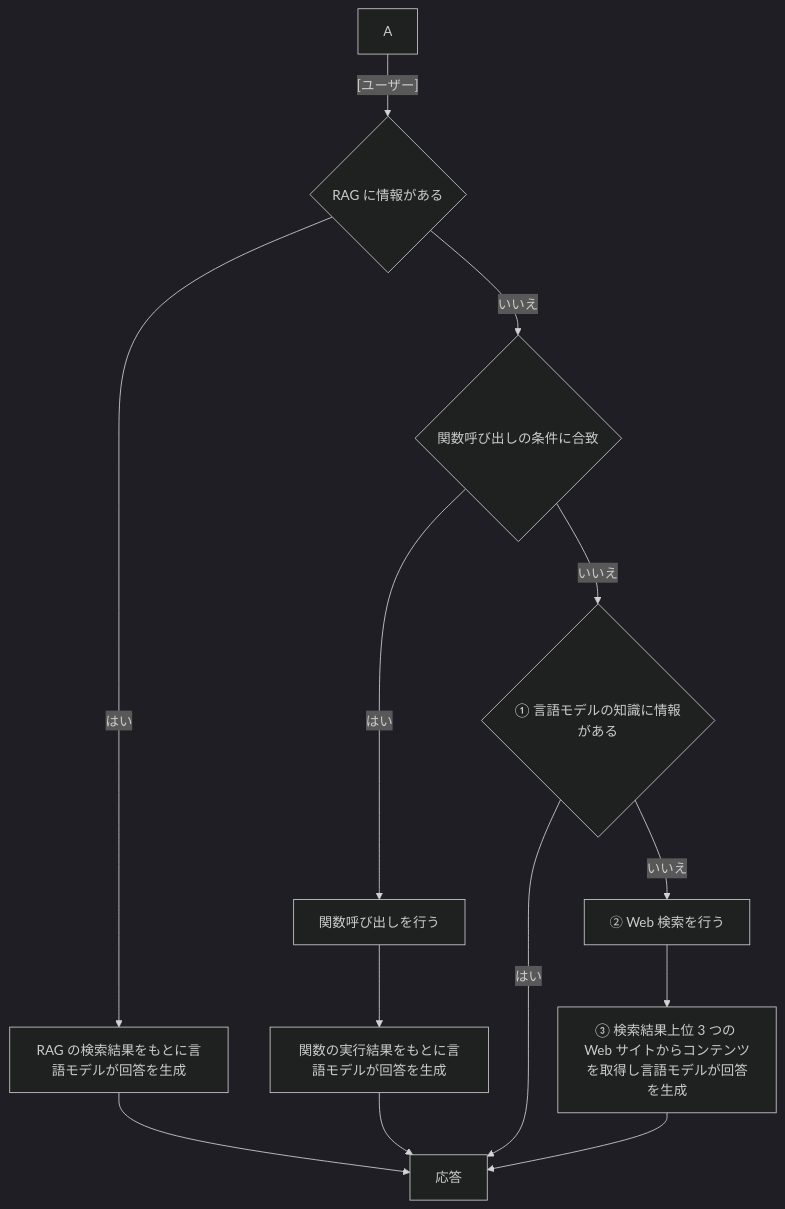
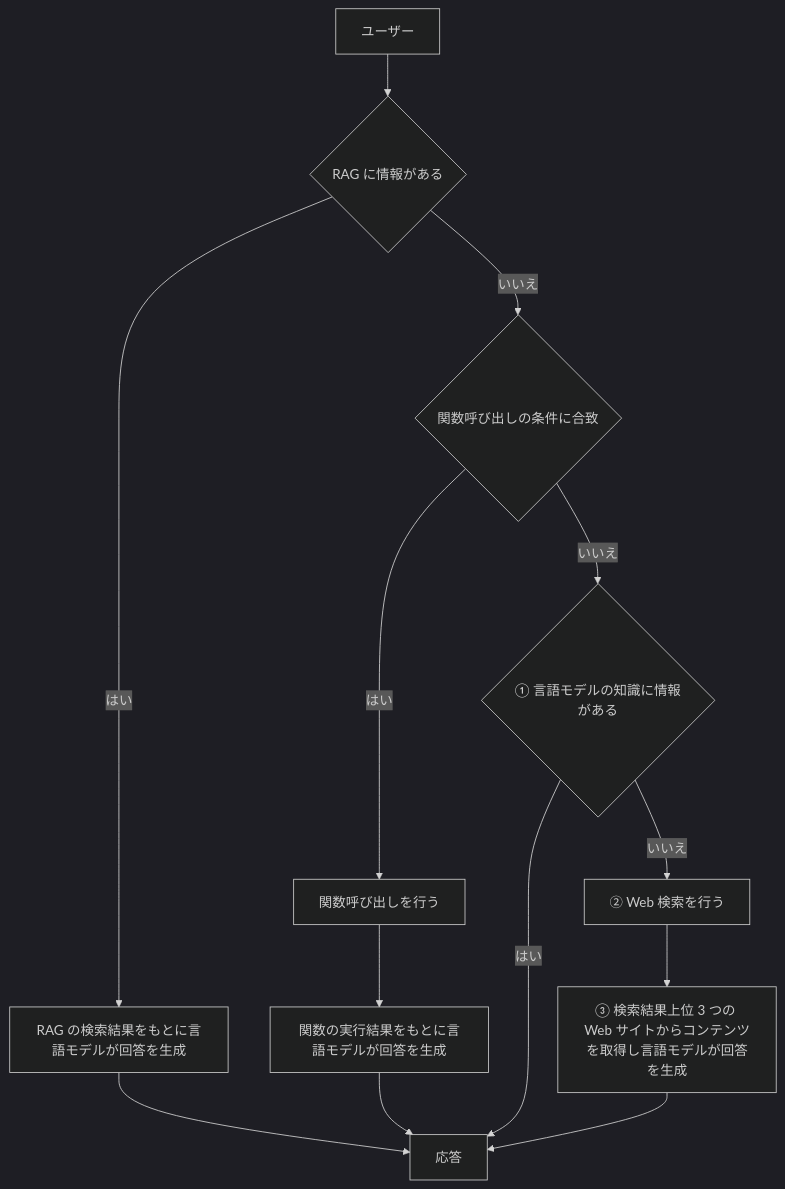
One commit to osamum/AOAI-first-step-for-Developer changed the diagram in Ex03-op-1.md. Above: the diagram before and after it, drawn with Mermaid (dark theme).

Commit message:
new content

````diff
--- a/Ex03-op-1.md
+++ b/Ex03-op-1.md
@@ -11,15 +11,15 @@
 ```mermaid
 graph TD
-    A -- [ユーザー] --> B{RAG に情報がある}
+    A[ユーザー] --> B{RAG に情報がある}
     B -- はい --> C[RAG の検索結果をもとに言語モデルが回答を生成]
     C --> M[応答]
     B -- いいえ --> E{関数呼び出しの条件に合致}
     E -- はい --> F[関数呼び出しを行う]
     F --> G[関数の実行結果をもとに言語モデルが回答を生成]
     G --> M[応答]
     E -- いいえ --> I{① 言語モデルの知識に情報がある}
     I -- はい --> M[応答]
     I -- いいえ --> K[➁ Web 検索を行う]
     K --> L[③ 検索結果上位 3 つの Web サイトからコンテンツを取得し言語モデルが回答を生成]
     L --> M[応答]
 ```
````
